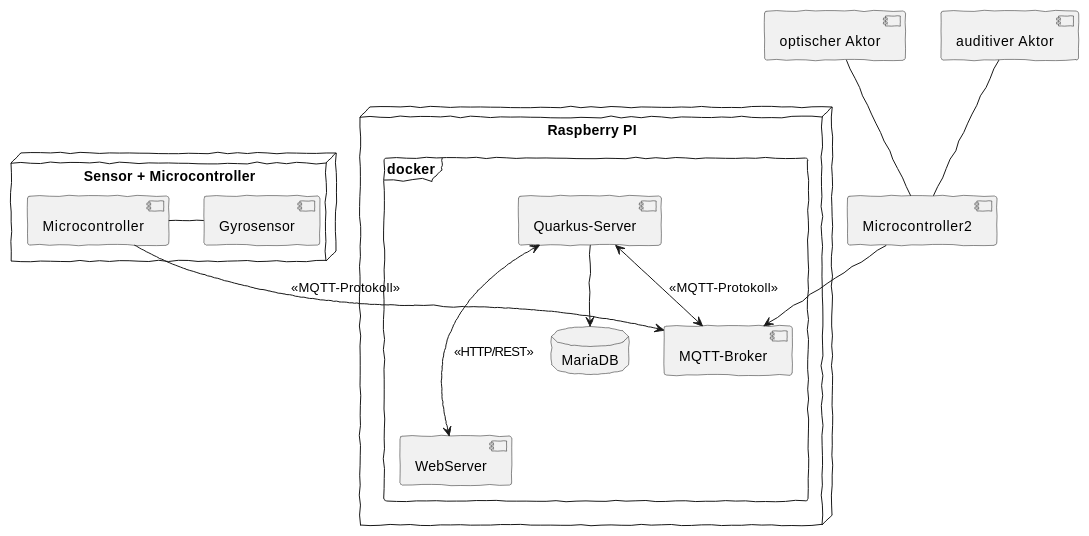
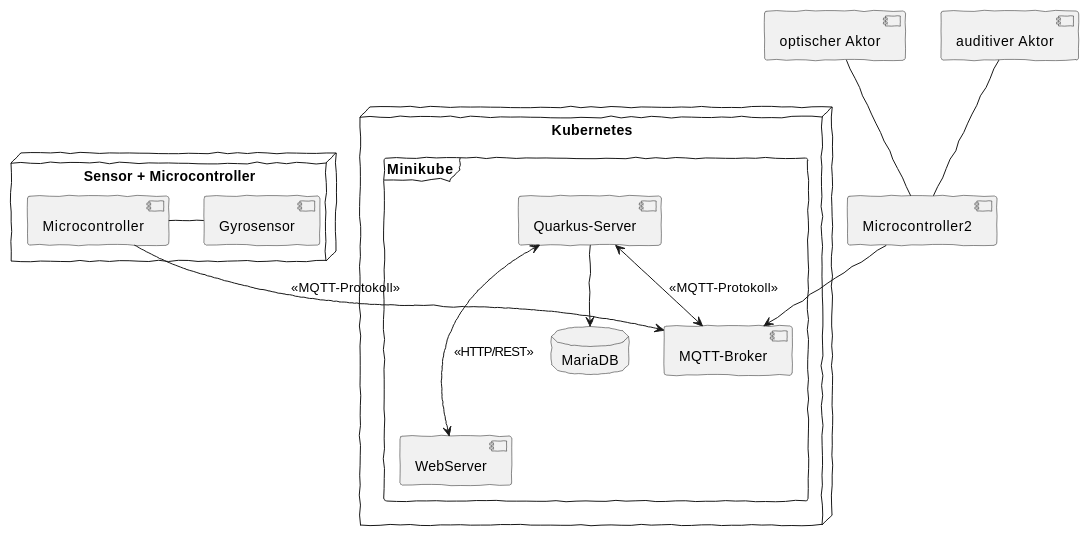
One commit to KonstantinFrank01/safer-pool-docs changed the first of 3 diagrams in asciidocs/entwurf.adoc. Above: the diagram before and after it, drawn with PlantUML. The commit also changed other lines of this file, not shown here.

Commit message:
change sysarch to cloud computing

```diff
--- a/asciidocs/entwurf.adoc
+++ b/asciidocs/entwurf.adoc
@@ -15,31 +12,31 @@
 [plantuml]
 ----
 @startuml
 skinparam handwritten true
 
-    node "Raspberry PI" {
-        frame docker{
+    node "Kubernetes" {
+        frame Minikube {
         [MQTT-Broker]
         [WebServer]
         [Quarkus-Server]
         database "MariaDB" {
         }
           }
     }
 node "Sensor + Microcontroller" {
     [Microcontroller] - [Gyrosensor]
 }
 
 [optischer Aktor]
 [auditiver Aktor]
 [Microcontroller2]
 
 [Microcontroller] --> [MQTT-Broker] : <<MQTT-Protokoll>>
 [Quarkus-Server] <--> [MQTT-Broker] : <<MQTT-Protokoll>>
 [Quarkus-Server] --> MariaDB
 [Quarkus-Server] <---> WebServer : <<HTTP/REST>>
 [Microcontroller2] --> [MQTT-Broker]
 [optischer Aktor] -- [Microcontroller2]
 [auditiver Aktor] -- [Microcontroller2]
 @enduml
 ----
```
